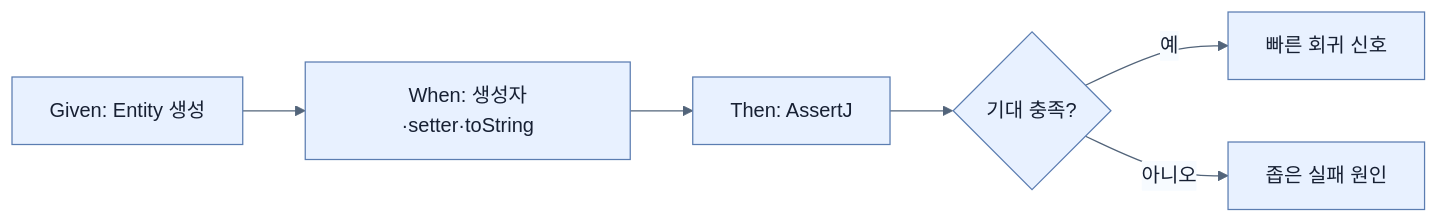
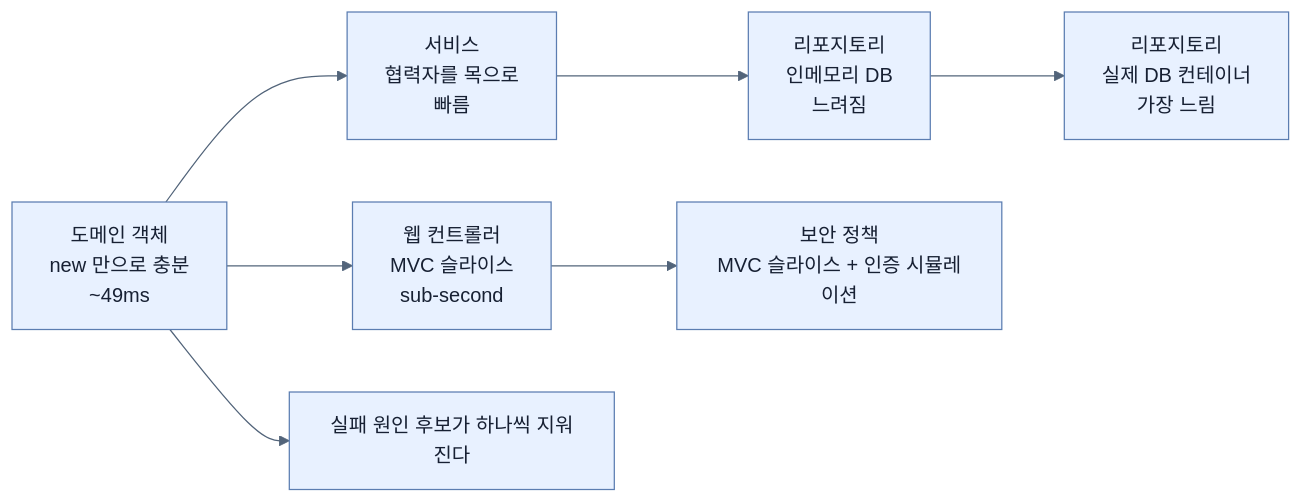
The diagram in spring-boot-4-pdf-notes/part-2-creating-an-application-with-spring-boot/chapter-5-testing-with-spring-boot/02-testing-domain-objects.md (sing-u8/Learning_Spring_Boot_4), drawn with Mermaid before and after one commit. The commit also changed other lines of this file and 253 other files, not shown here.

````diff
--- a/spring-boot-4-pdf-notes/part-2-creating-an-application-with-spring-boot/chapter-5-testing-with-spring-boot/02-testing-domain-objects.md
+++ b/spring-boot-4-pdf-notes/part-2-creating-an-application-with-spring-boot/chapter-5-testing-with-spring-boot/02-testing-domain-objects.md
@@ -28,9 +214,10 @@
 ```mermaid
 %%{init: {'theme': 'base', 'themeVariables': {'background': '#ffffff', 'primaryColor': '#e8f1ff', 'primaryTextColor': '#172033', 'primaryBorderColor': '#5b7db1', 'lineColor': '#52647a', 'secondaryColor': '#f7fbff', 'tertiaryColor': '#fff7df'}}}%%
 flowchart LR
-    G[Given: Entity 생성] --> W[When: 생성자·setter·toString]
-    W --> T[Then: AssertJ]
-    T --> F{기대 충족?}
-    F -- 예 --> P[빠른 회귀 신호]
-    F -- 아니오 --> D[좁은 실패 원인]
+    D["도메인 객체<br/>new 만으로 충분<br/>~49ms"] --> S["서비스<br/>협력자를 목으로<br/>빠름"]
+    D --> W["웹 컨트롤러<br/>MVC 슬라이스<br/>sub-second"]
+    S --> R1["리포지토리<br/>인메모리 DB<br/>느려짐"]
+    R1 --> R2["리포지토리<br/>실제 DB 컨테이너<br/>가장 느림"]
+    W --> SEC["보안 정책<br/>MVC 슬라이스 + 인증 시뮬레이션"]
+    D --> N["실패 원인 후보가 하나씩 지워진다"]
 ```
````
